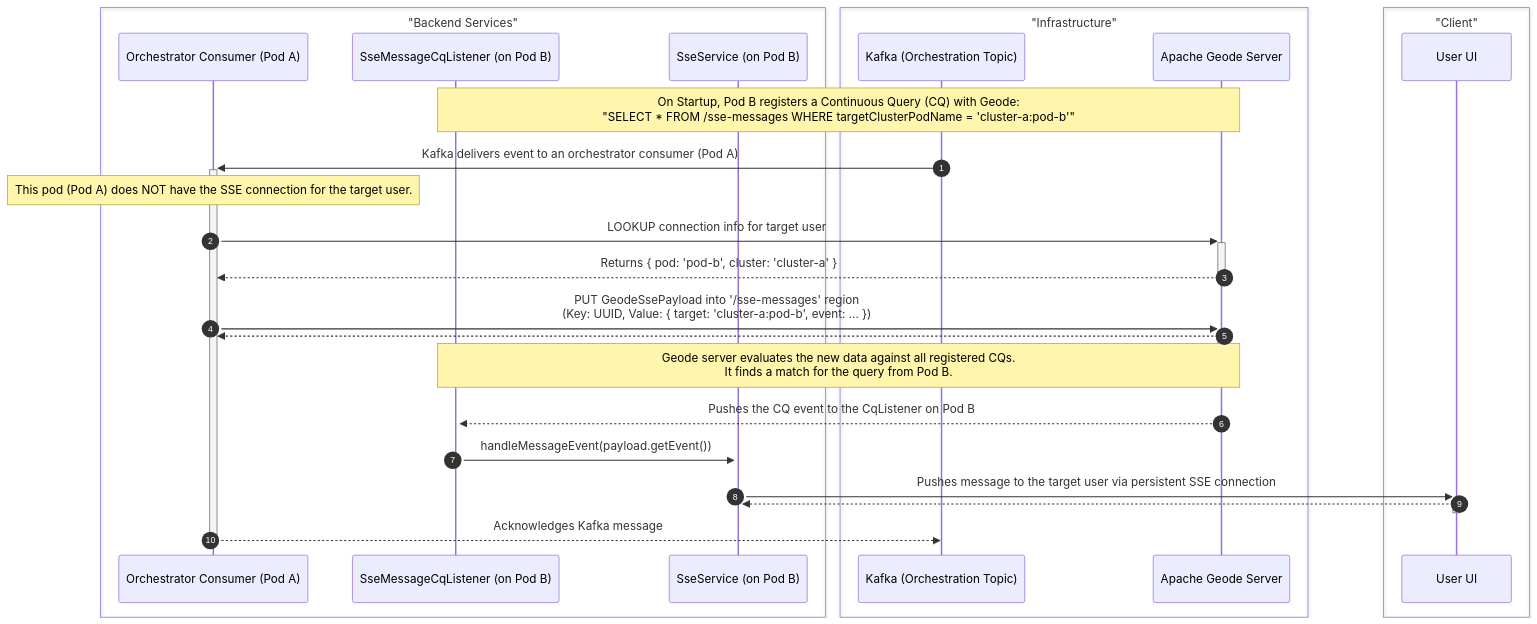
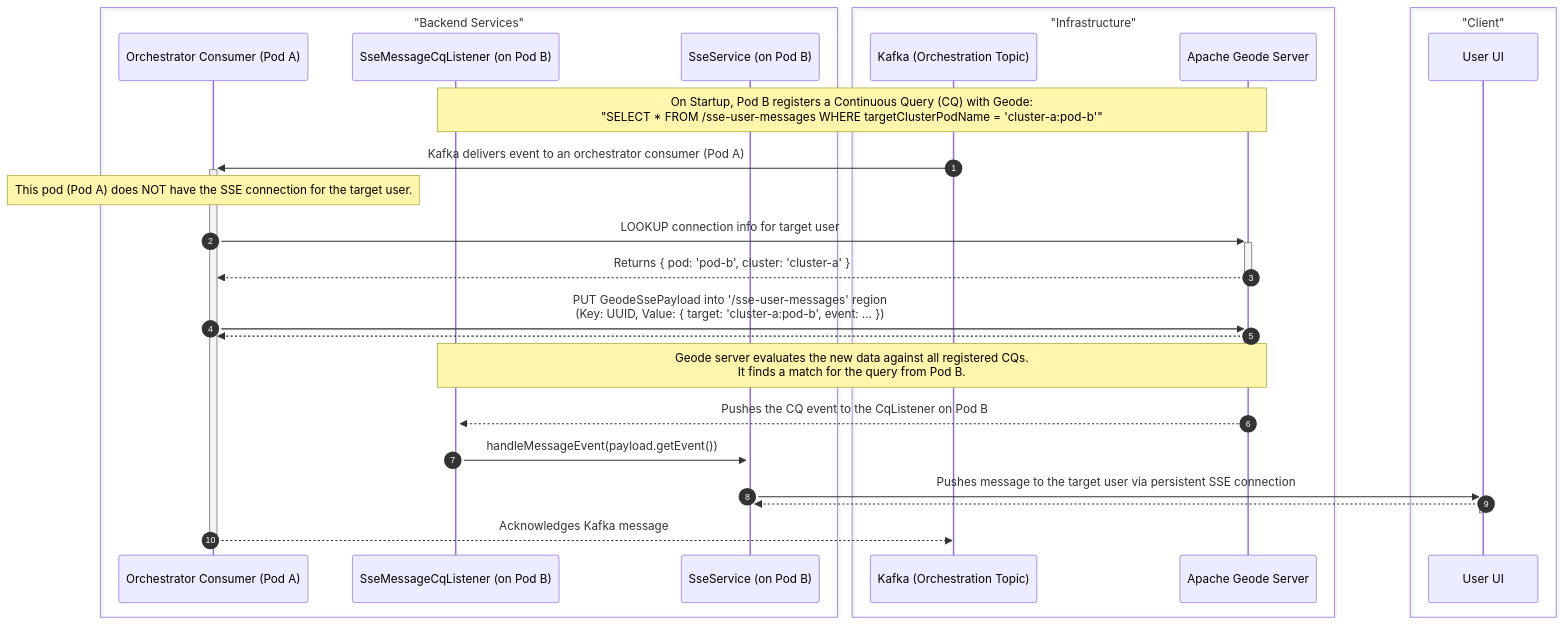
One commit to rsrini7/Notification-SSE-GLM-Flux changed the diagram in MermaidDiagrams/seq-geode-cq-event-delivery.mmd. Above: the diagram before and after it, drawn with Mermaid. The commit also changed 15 other files, not shown here.

First line of the commit message:
feat(broadcast): split sse-messages into user-specific and all-users regions

```diff
--- a/MermaidDiagrams/seq-geode-cq-event-delivery.mmd
+++ b/MermaidDiagrams/seq-geode-cq-event-delivery.mmd
@@ -1,36 +1,36 @@
 sequenceDiagram
     autonumber
 
     box "Backend Services"
         participant Orchestrator as Orchestrator Consumer (Pod A)
         participant CqListener as SseMessageCqListener (on Pod B)
         participant SseSvc as SseService (on Pod B)
     end
 
     box "Infrastructure"
         participant Kafka as Kafka (Orchestration Topic)
         participant Geode as Apache Geode Server
     end
     
     box "Client"
         participant UserUI as User UI
     end
 
-    Note over CqListener, Geode: On Startup, Pod B registers a Continuous Query (CQ) with Geode: <br/> "SELECT * FROM /sse-messages WHERE targetClusterPodName = 'cluster-a:pod-b'"
+    Note over CqListener, Geode: On Startup, Pod B registers a Continuous Query (CQ) with Geode: <br/> "SELECT * FROM /sse-user-messages WHERE targetClusterPodName = 'cluster-a:pod-b'"
 
     Kafka->>+Orchestrator: Kafka delivers event to an orchestrator consumer (Pod A)
     Note over Orchestrator: This pod (Pod A) does NOT have the SSE connection for the target user.
     Orchestrator->>+Geode: LOOKUP connection info for target user
     Geode-->>-Orchestrator: Returns { pod: 'pod-b', cluster: 'cluster-a' }
 
-    Orchestrator->>+Geode: PUT GeodeSsePayload into '/sse-messages' region <br/> (Key: UUID, Value: { target: 'cluster-a:pod-b', event: ... })
+    Orchestrator->>+Geode: PUT GeodeSsePayload into '/sse-user-messages' region <br/> (Key: UUID, Value: { target: 'cluster-a:pod-b', event: ... })
     Geode-->>-Orchestrator: 
 
     Note over Geode, CqListener: Geode server evaluates the new data against all registered CQs. <br/> It finds a match for the query from Pod B.
     Geode-->>+CqListener: Pushes the CQ event to the CqListener on Pod B
     
     CqListener->>+SseSvc: handleMessageEvent(payload.getEvent())
     SseSvc->>+UserUI: Pushes message to the target user via persistent SSE connection
     UserUI-->>-SseSvc: 
 
     Orchestrator-->>-Kafka: Acknowledges Kafka message
```
